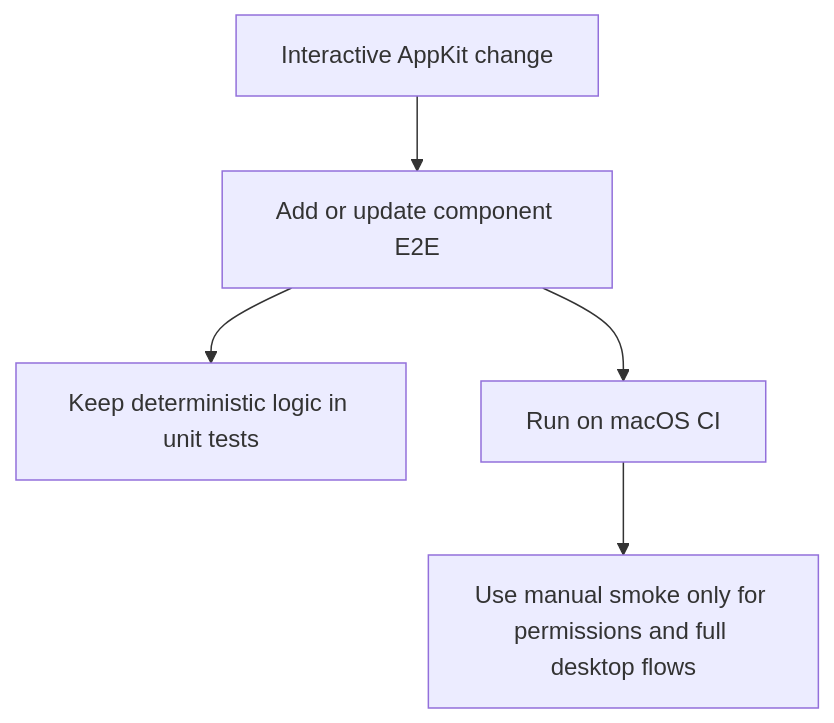
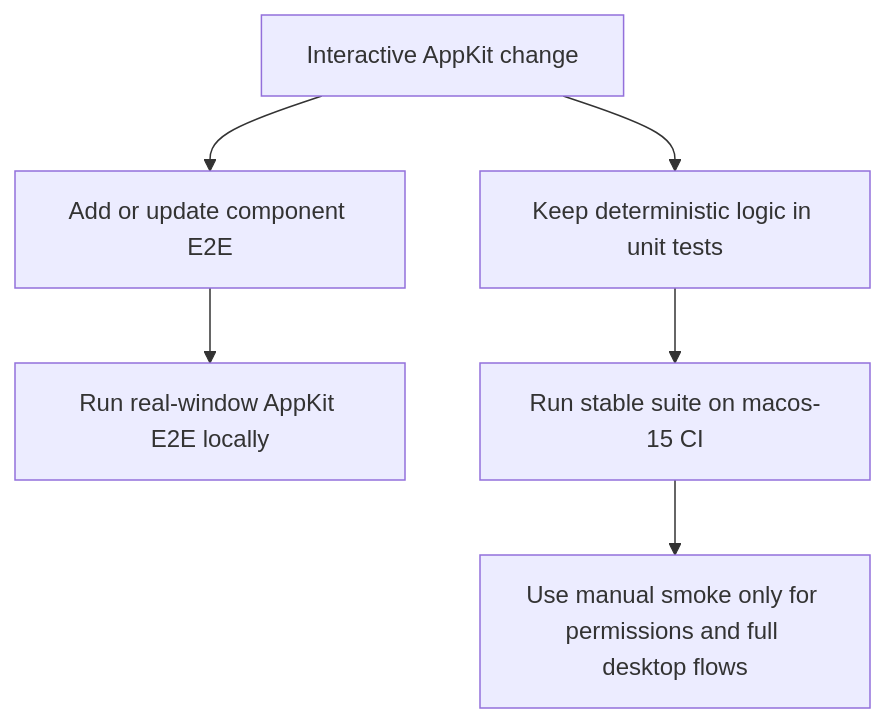
One commit to deweyou/frame changed the diagram in docs/testing.md. Above: the diagram before and after it, drawn with Mermaid. The commit also changed other lines of this file and 20 other files, not shown here.

````diff
--- a/docs/testing.md
+++ b/docs/testing.md
@@ -3,7 +3,8 @@
 ```mermaid
 flowchart TD
     Change["Interactive AppKit change"] --> E2E["Add or update component E2E"]
-    E2E --> Unit["Keep deterministic logic in unit tests"]
-    E2E --> CI["Run on macOS CI"]
+    Change --> Unit["Keep deterministic logic in unit tests"]
+    E2E --> Local["Run real-window AppKit E2E locally"]
+    Unit --> CI["Run stable suite on macos-15 CI"]
     CI --> Manual["Use manual smoke only for permissions and full desktop flows"]
 ```
````
